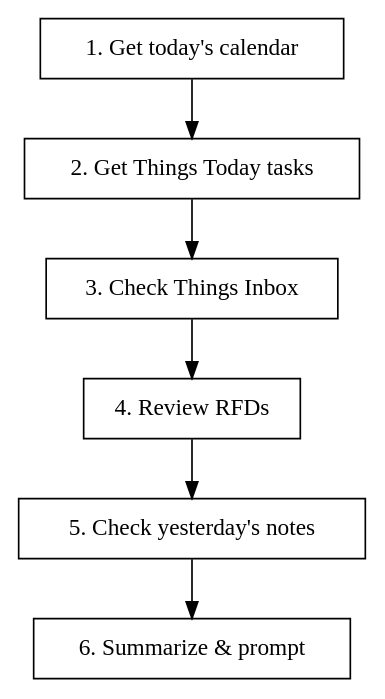
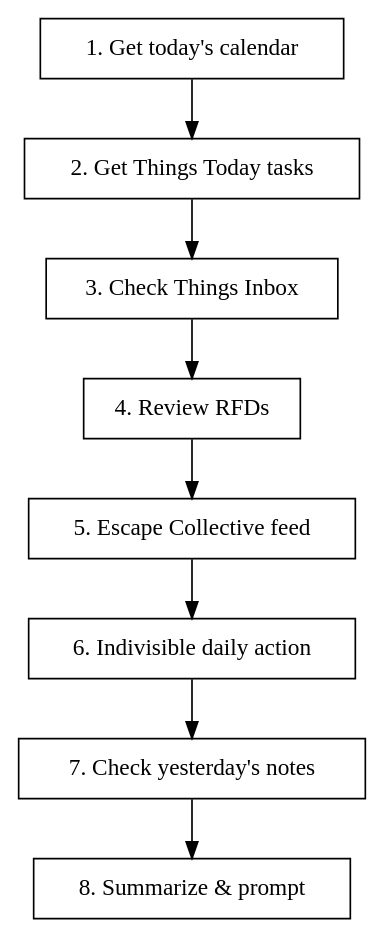
The diagram in claude/commands/daily.md (jhuggart/dotfiles), drawn with Graphviz before and after one commit. The commit also changed other lines of this file, not shown here.

Commit message:
Add Escape Collective feed and Indivisible action email to daily command

````diff
--- a/claude/commands/daily.md
+++ b/claude/commands/daily.md
@@ -8,12 +8,14 @@
 ```dot
 digraph daily {
     rankdir=TB;
     node [shape=box];
 
     "1. Get today's calendar" -> "2. Get Things Today tasks";
     "2. Get Things Today tasks" -> "3. Check Things Inbox";
     "3. Check Things Inbox" -> "4. Review RFDs";
-    "4. Review RFDs" -> "5. Check yesterday's notes";
-    "5. Check yesterday's notes" -> "6. Summarize & prompt";
+    "4. Review RFDs" -> "5. Escape Collective feed";
+    "5. Escape Collective feed" -> "6. Indivisible daily action";
+    "6. Indivisible daily action" -> "7. Check yesterday's notes";
+    "7. Check yesterday's notes" -> "8. Summarize & prompt";
 }
 ```
````
